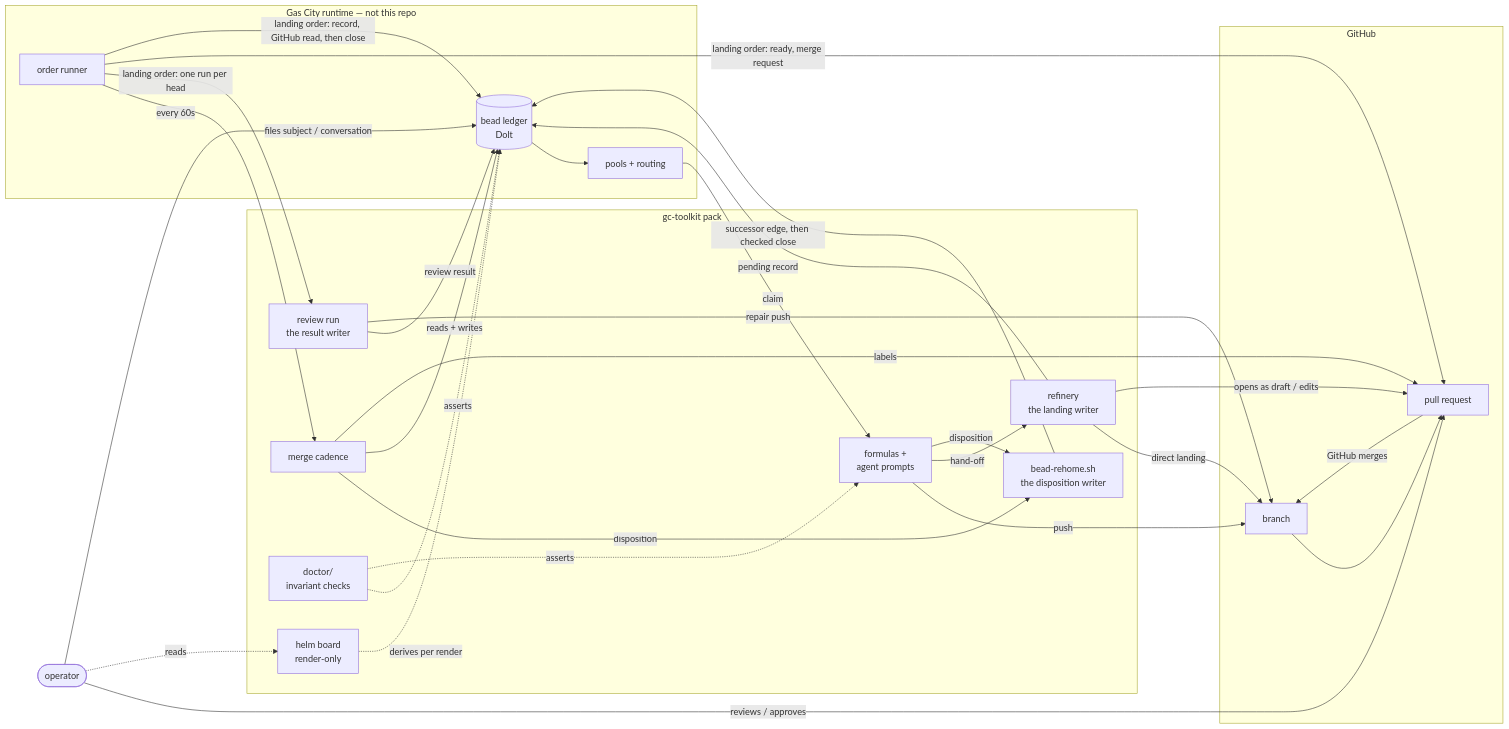
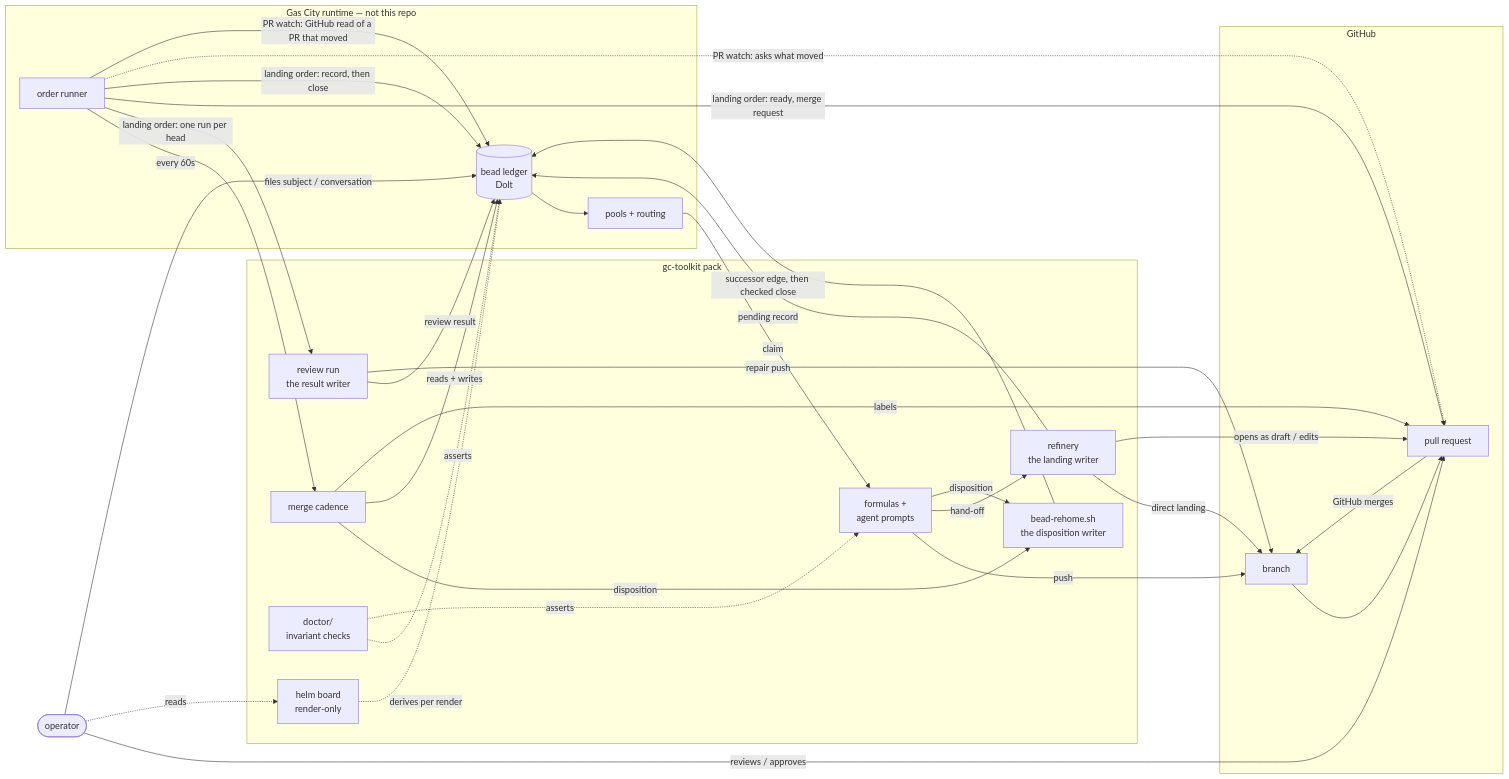
Before and after one commit to zookanalytics/gc-toolkit: the diagram in docs/architecture.md, drawn with Mermaid. The commit also changed other lines of this file and 45 other files, not shown here.

````diff
--- a/docs/architecture.md
+++ b/docs/architecture.md
@@ -40,49 +40,51 @@
 ```mermaid
 flowchart LR
   OP([operator])
   subgraph city["Gas City runtime — not this repo"]
     LEDGER[(bead ledger<br/>Dolt)]
     POOL[pools + routing]
     ORD[order runner]
   end
   subgraph pack["gc-toolkit pack"]
     FORM[formulas +<br/>agent prompts]
     REF[refinery<br/>the landing writer]
     DISP[bead-rehome.sh<br/>the disposition writer]
     CAD[merge cadence]
     RUN[review run<br/>the result writer]
     DOC[doctor/<br/>invariant checks]
     HELM[helm board<br/>render-only]
   end
   subgraph git["GitHub"]
     BR[branch]
     PR[pull request]
   end
 
   OP -->|files subject / conversation| LEDGER
   OP -->|reviews / approves| PR
   OP -.->|reads| HELM
   LEDGER --> POOL
   POOL -->|claim| FORM
   FORM -->|push| BR
   FORM -->|hand-off| REF
   REF -->|direct landing| BR
   REF -->|opens as draft / edits| PR
   REF -->|pending record| LEDGER
   FORM -->|disposition| DISP
   CAD -->|disposition| DISP
   DISP -->|successor edge, then checked close| LEDGER
   RUN -->|review result| LEDGER
   RUN -->|repair push| BR
   ORD -->|every 60s| CAD
   ORD -->|landing order: one run per head| RUN
   ORD -->|landing order: ready, merge request| PR
-  ORD -->|landing order: record, GitHub read, then close| LEDGER
+  ORD -->|landing order: record, then close| LEDGER
+  ORD -.->|PR watch: asks what moved| PR
+  ORD -->|PR watch: GitHub read of a PR that moved| LEDGER
   CAD -->|reads + writes| LEDGER
   CAD -->|labels| PR
   BR --> PR
   PR -->|GitHub merges| BR
   HELM -.->|derives per render| LEDGER
   DOC -.->|asserts| LEDGER
   DOC -.->|asserts| FORM
 ```
````
